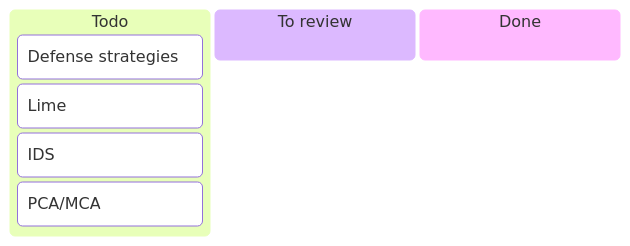
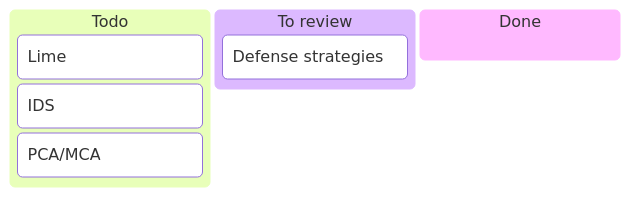
The first of 2 diagrams in README.md (onlyidev/bachelor.thesis), drawn with Mermaid before and after one commit. The commit also changed other lines of this file, not shown here.

````diff
--- a/README.md
+++ b/README.md
@@ -4,11 +4,11 @@
 ```mermaid
 kanban
 todo["Todo"]
- strats["Defense strategies"]
  Lime
  IDS
  PCA/MCA
 
 review["To review"]
+ strats["Defense strategies"]
 done["Done"]
 ```
````
